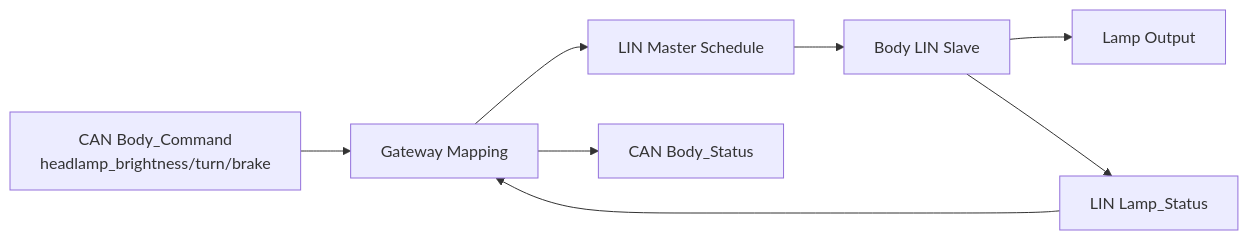
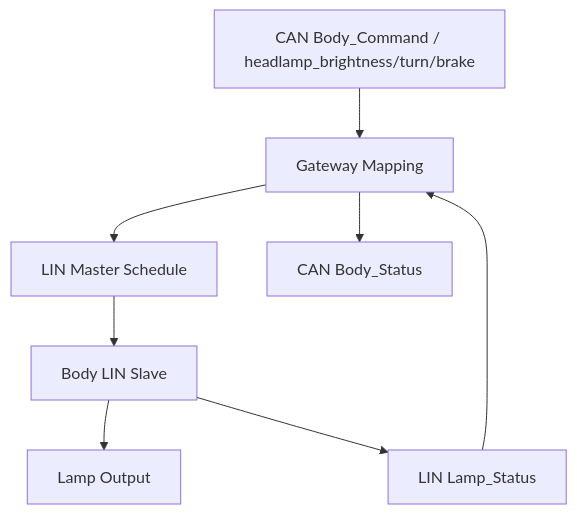
Before and after one commit to sunmaan22/SDV_MCU_Project: the diagram in docs/ecus/Lighting_LIN_CAN/SPECIFICATION.md, drawn with Mermaid. The commit also changed other lines of this file and 33 other files, not shown here.

````diff
--- a/docs/ecus/Lighting_LIN_CAN/SPECIFICATION.md
+++ b/docs/ecus/Lighting_LIN_CAN/SPECIFICATION.md
@@ -99,11 +99,11 @@
 ```mermaid
-flowchart LR
-    CANRX[CAN Body_Command<br/>headlamp_brightness/turn/brake] --> GW[Gateway Mapping]
-    GW --> LINM[LIN Master Schedule]
-    LINM --> SLAVE[Body LIN Slave]
-    SLAVE --> LAMP[Lamp Output]
+flowchart TD
+    CANRX["CAN Body_Command / headlamp_brightness/turn/brake"] --> GW["Gateway Mapping"]
+    GW --> LINM["LIN Master Schedule"]
+    LINM --> SLAVE["Body LIN Slave"]
+    SLAVE --> LAMP["Lamp Output"]
 
-    SLAVE --> LINS[LIN Lamp_Status]
+    SLAVE --> LINS["LIN Lamp_Status"]
     LINS --> GW
-    GW --> CANTX[CAN Body_Status]
+    GW --> CANTX["CAN Body_Status"]
 ```
````
